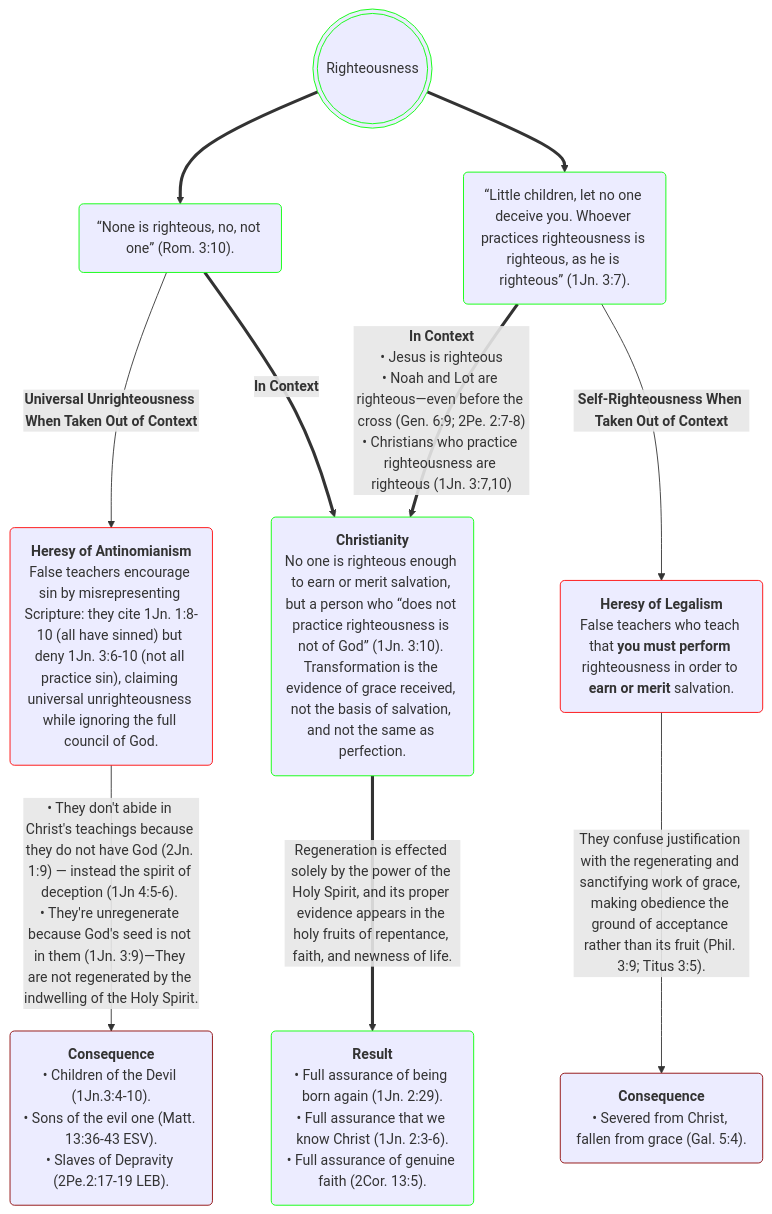
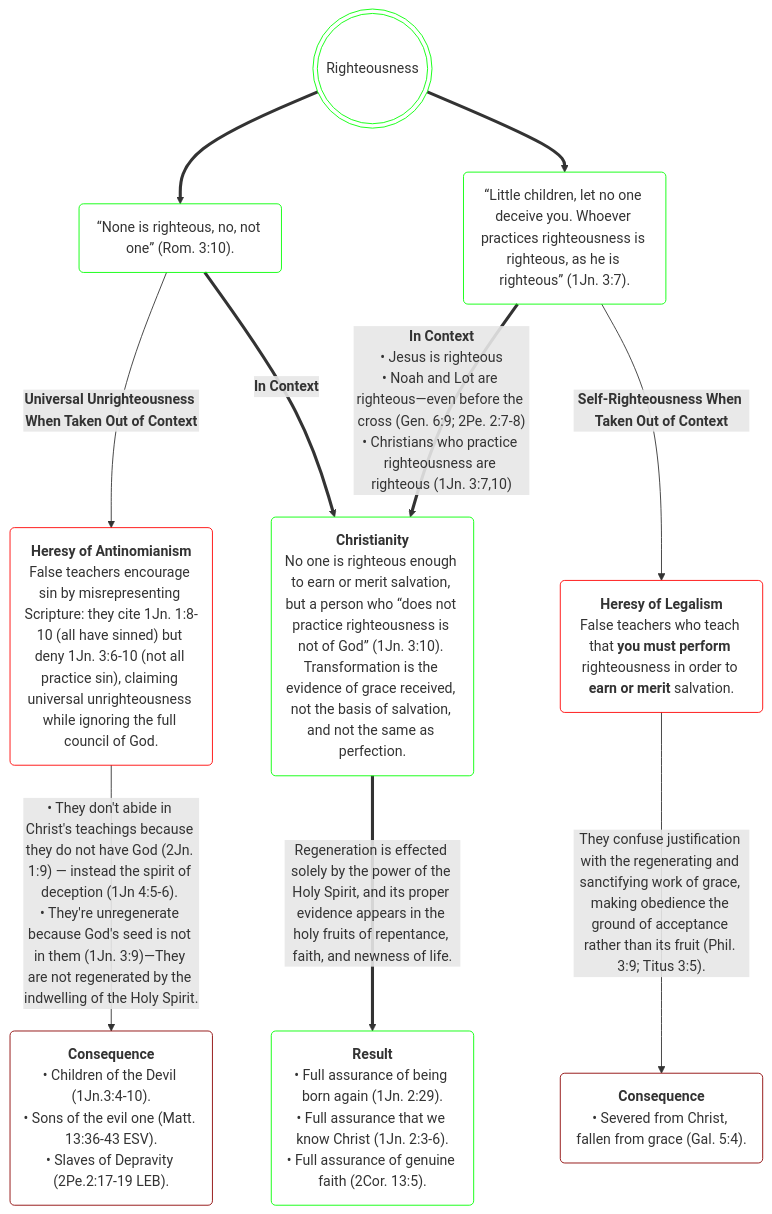
The diagram in _posts/2026-05-23-righteousness.markdown (OrdoLuminis/ordoluminis.github.io), drawn with Mermaid before and after one commit. The commit also changed other lines of this file, not shown here.

````diff
--- a/_posts/2026-05-23-righteousness.markdown
+++ b/_posts/2026-05-23-righteousness.markdown
@@ -46,16 +46,16 @@
 ```mermaid
 flowchart TD
     A(((Righteousness))):::green
     A ==> B(&ldquo;None is righteous, no, not one&rdquo; &lpar;Rom. 3:10&rpar;.):::green
     A ==> C(&ldquo;Little children, let no one deceive you. Whoever practices righteousness is righteous, as he is righteous&rdquo; &lpar;1Jn. 3:7&rpar;.):::green
     B -->|<strong>Universal Unrighteousness When Taken Out of Context</strong>| D(<strong>Heresy of Antinomianism</strong><br>False teachers encourage sin by misrepresenting Scripture: they cite 1Jn. 1:8-10 &lpar;all have sinned&rpar; but deny 1Jn. 3:6-10 &lpar;not all practice sin&rpar;, claiming universal unrighteousness while ignoring the full council of God.):::red
     C -->|<strong>Self-Righteousness When Taken Out of Context</strong>| E(<strong>Heresy of Legalism</strong><br>False teachers who teach that <strong>you must perform</strong> righteousness in order to <strong>earn or merit</strong> salvation.):::red
     B ==>|<strong>In Context</strong>| F(<strong>Christianity</strong><br>No one is righteous enough to earn or merit salvation, but a person who &ldquo;does not practice righteousness is not of God&rdquo; &lpar;1Jn. 3:10&rpar;. Transformation is the evidence of grace received, not the basis of salvation, and not the same as perfection.):::green
     C ==>|<strong>In Context</strong><br>&bull; Jesus is righteous<br>&bull; Noah and Lot are righteous&mdash;even before the cross &lpar;Gen. 6:9; 2Pe. 2:7-8&rpar;<br>&bull; Christians who practice righteousness are righteous &lpar;1Jn. 3:7,10&rpar;| F
     D -->|&bull; They don't abide in Christ's teachings because they do not have God &lpar;2Jn. 1:9&rpar; &mdash; instead the spirit of deception &lpar;1Jn 4:5-6&rpar;. <br>&bull; They're unregenerate because God's seed is not in them &lpar;1Jn. 3:9&rpar;&mdash;They are not regenerated by the indwelling of the Holy Spirit.| G(<strong>Consequence</strong><br>&bull; Children of the Devil &lpar;1Jn.3:4-10&rpar;.<br>&bull; Sons of the evil one &lpar;Matt. 13:36-43 ESV&rpar;.<br>&bull; Slaves of Depravity &lpar;2Pe.2:17-19 LEB&rpar;.):::darkred
     E -->|They confuse justification with the regenerating and sanctifying work of grace, making obedience the ground of acceptance rather than its fruit &lpar;Phil. 3:9; Titus 3:5&rpar;.| H(<strong>Consequence</strong><br>&bull; Severed from Christ, fallen from grace &lpar;Gal. 5:4&rpar;.):::darkred
     F ==>|Regeneration is effected solely by the power of the Holy Spirit, and its proper evidence appears in the holy fruits of repentance, faith, and newness of life.| I(<strong>Result</strong><br>&bull; Full assurance of being born again &lpar;1Jn. 2:29&rpar;.<br>&bull; Full assurance that we know Christ &lpar;1Jn. 2:3-6&rpar;.<br>&bull; Full assurance of genuine faith &lpar;2Cor. 13:5&rpar;. ):::green
-    classDef red stroke:#f00
-    classDef green stroke:#0f0
-    classDef darkred stroke:#8B0000
+    classDef red stroke:#f00, fill:none
+    classDef green stroke:#0f0, fill:none
+    classDef darkred stroke:#8B0000, fill:none
 ```
````
